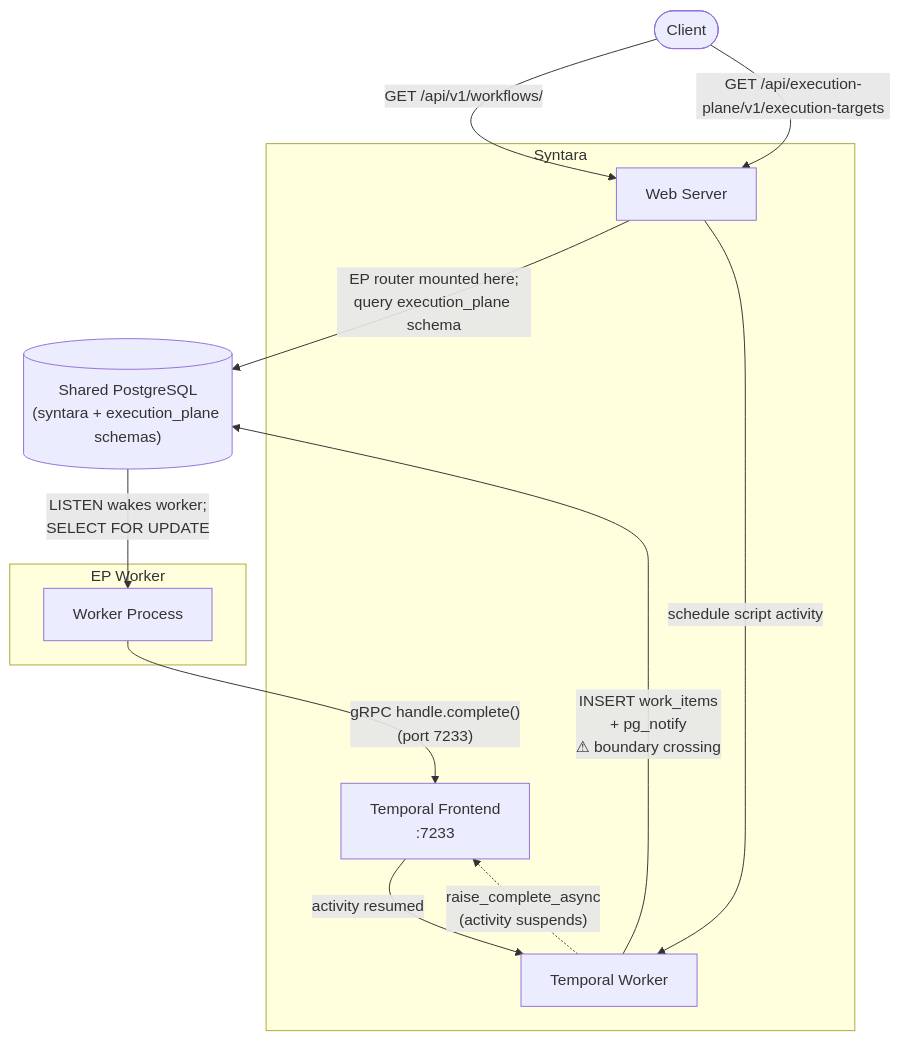
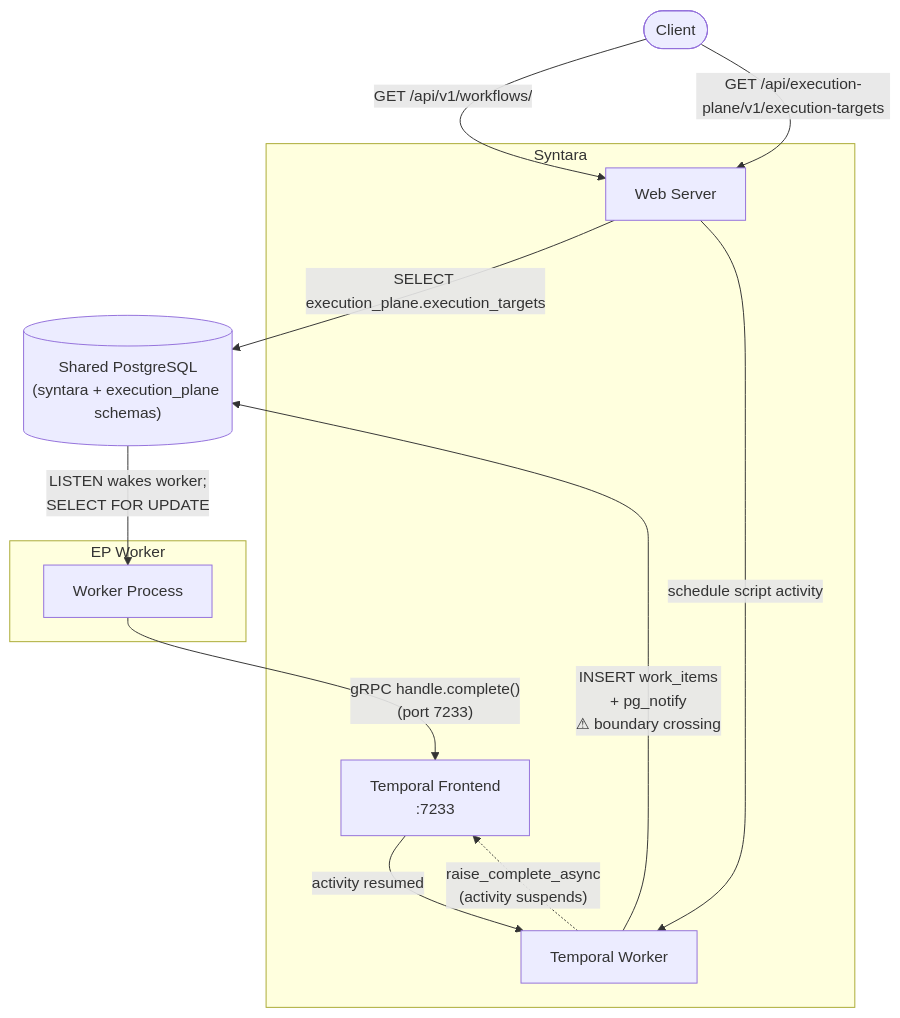
One commit to AlanCoding/syntara changed the first of 2 diagrams in backend/docs/execution-plane-integration.md. Above: the diagram before and after it, drawn with Mermaid.

Commit message:
docs(ep): replace wordy DB query label with pseudo-SQL in current-state diagram

````diff
--- a/backend/docs/execution-plane-integration.md
+++ b/backend/docs/execution-plane-integration.md
@@ -23,27 +23,27 @@
 ```mermaid
 flowchart TD
     C([Client])
     DB[("Shared PostgreSQL\n(syntara + execution_plane schemas)")]
 
     subgraph syn["Syntara"]
         SW["Web Server"]
         STW["Temporal Worker"]
         T["Temporal Frontend\n:7233"]
     end
 
     subgraph ep["EP Worker"]
         EPW["Worker Process"]
     end
 
     C -->|"GET /api/v1/workflows/"| SW
     C -->|"GET /api/execution-plane/v1/execution-targets"| SW
-    SW -->|"EP router mounted here;\nquery execution_plane schema"| DB
+    SW -->|"SELECT execution_plane.execution_targets"| DB
 
     SW -->|"schedule script activity"| STW
     STW -->|"INSERT work_items\n+ pg_notify\n⚠ boundary crossing"| DB
     STW -.->|"raise_complete_async\n(activity suspends)"| T
 
     DB -->|"LISTEN wakes worker;\nSELECT FOR UPDATE"| EPW
     EPW -->|"gRPC handle.complete()\n(port 7233)"| T
     T -->|"activity resumed"| STW
 ```
````
